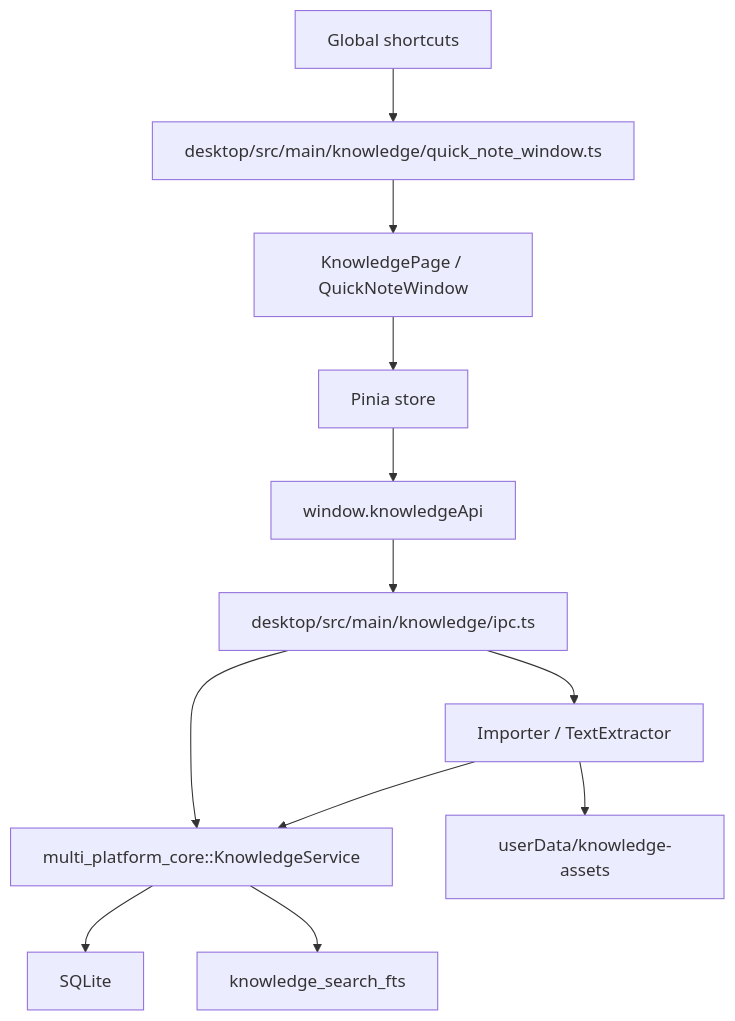
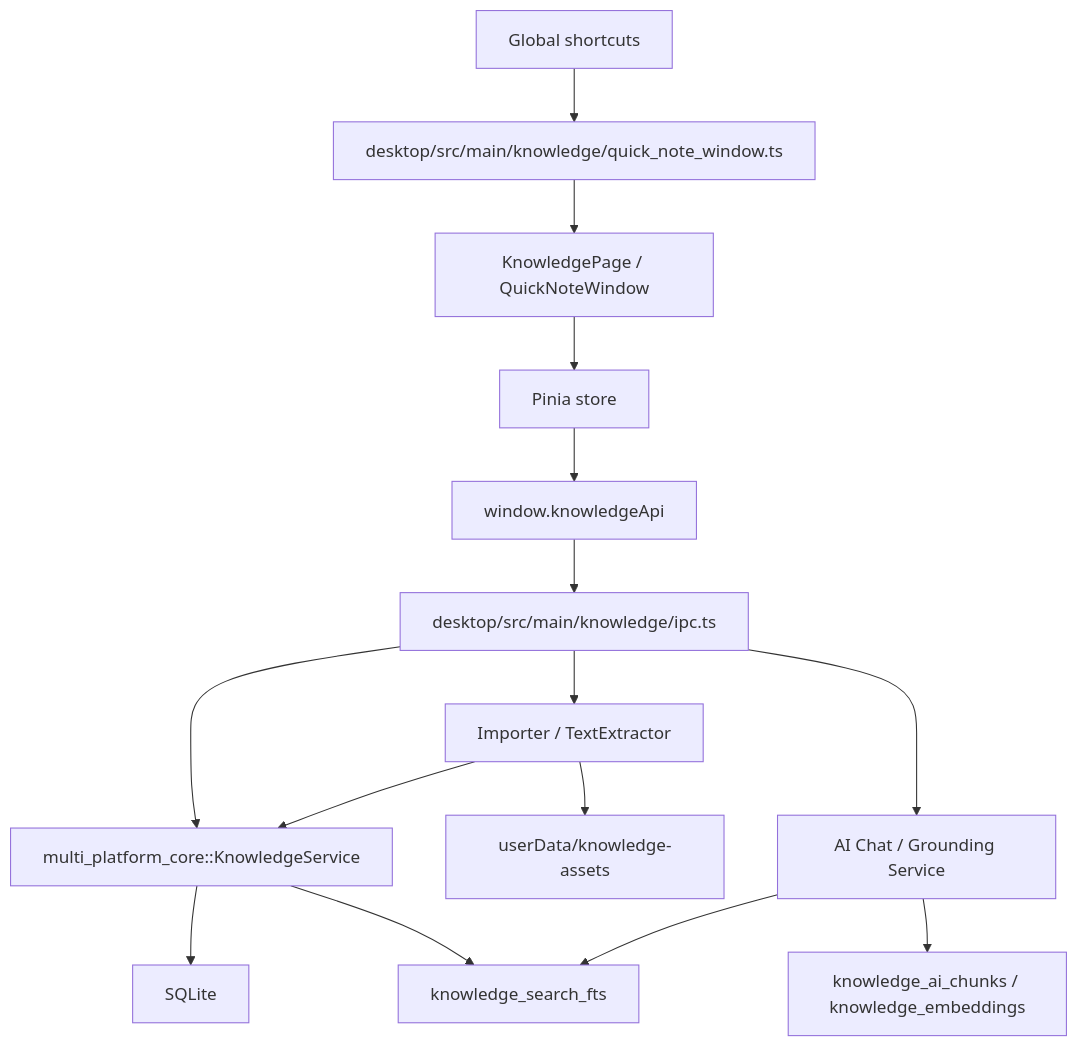
Before and after one commit to Sakurapole/GuYanTools: the diagram in docs/desktop/KnowledgeBase/architecture.md, drawn with Mermaid. The commit also changed other lines of this file and 44 other files, not shown here.

````diff
--- a/docs/desktop/KnowledgeBase/architecture.md
+++ b/docs/desktop/KnowledgeBase/architecture.md
@@ -9,14 +9,17 @@
 ```mermaid
 flowchart TD
   UI["KnowledgePage / QuickNoteWindow"] --> Store["Pinia store"]
   Store --> Preload["window.knowledgeApi"]
   Preload --> IPC["desktop/src/main/knowledge/ipc.ts"]
   Shortcut["Global shortcuts"] --> QuickWindow["desktop/src/main/knowledge/quick_note_window.ts"]
   QuickWindow --> UI
   IPC --> Core["multi_platform_core::KnowledgeService"]
   Core --> SQLite["SQLite"]
   IPC --> Importer["Importer / TextExtractor"]
   Importer --> Assets["userData/knowledge-assets"]
   Importer --> Core
   Core --> SearchFts["knowledge_search_fts"]
+  IPC --> AiBridge["AI Chat / Grounding Service"]
+  AiBridge --> SearchFts
+  AiBridge --> AiChunks["knowledge_ai_chunks / knowledge_embeddings"]
 ```
````
